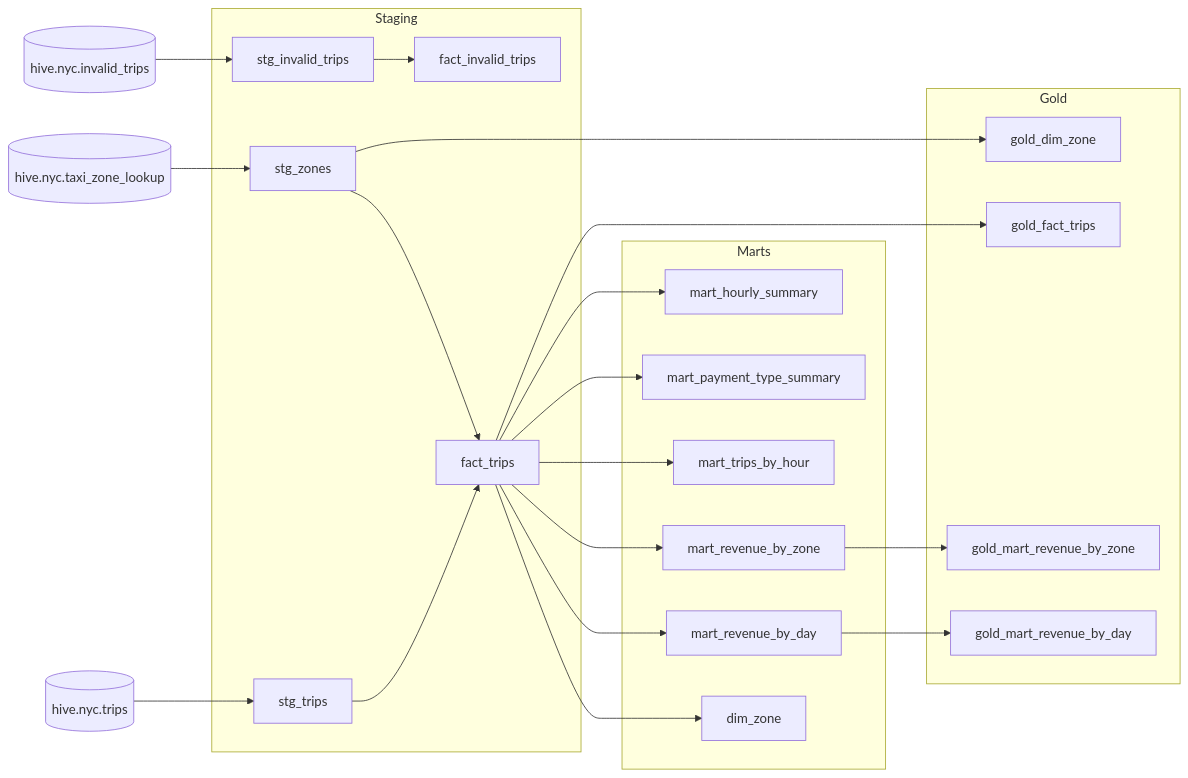
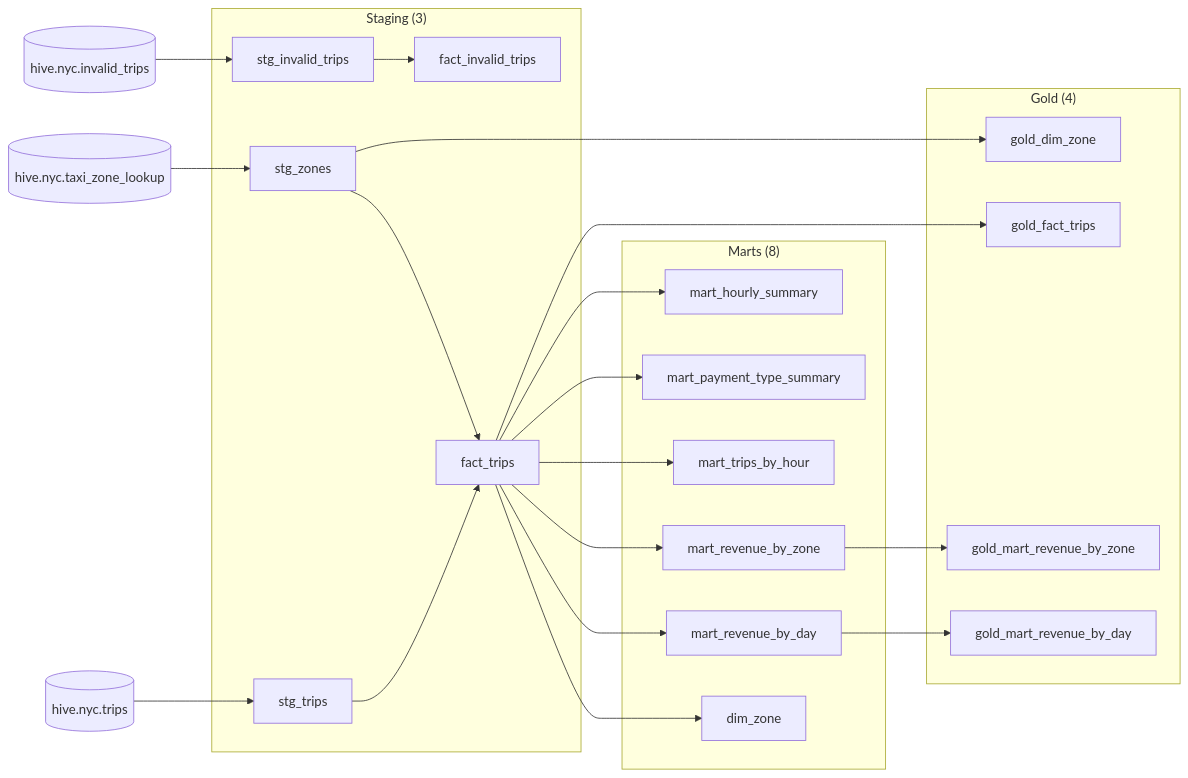
The fifth of 8 diagrams in workflow.md (DawieMalmsteel/nyc_new), drawn with Mermaid before and after one commit. The commit also changed other lines of this file, not shown here.

````diff
--- a/workflow.md
+++ b/workflow.md
@@ -229,25 +244,25 @@
 ```mermaid
 flowchart LR
-    subgraph STAGING["Staging"]
+    subgraph STAGING["Staging (3)"]
         STG_TRIPS[stg_trips] --> FACT_TRIPS[fact_trips]
         STG_ZONES[stg_zones] --> FACT_TRIPS
         STG_INVALID[stg_invalid_trips] --> FACT_INVALID[fact_invalid_trips]
     end
-    subgraph MARTS["Marts"]
+    subgraph MARTS["Marts (8)"]
         FACT_TRIPS --> DIM_ZONE[dim_zone]
         FACT_TRIPS --> M1[mart_revenue_by_day]
         FACT_TRIPS --> M2[mart_revenue_by_zone]
         FACT_TRIPS --> M3[mart_trips_by_hour]
         FACT_TRIPS --> M4[mart_payment_type_summary]
         FACT_TRIPS --> M5[mart_hourly_summary]
     end
-    subgraph GOLD["Gold"]
+    subgraph GOLD["Gold (4)"]
         FACT_TRIPS --> G1[gold_fact_trips]
         STG_ZONES --> G2[gold_dim_zone]
         M1 --> G3[gold_mart_revenue_by_day]
         M2 --> G4[gold_mart_revenue_by_zone]
     end
     TRIPS[("hive.nyc.trips")] --> STG_TRIPS
     ZONES[("hive.nyc.taxi_zone_lookup")] --> STG_ZONES
     INVALID[("hive.nyc.invalid_trips")] --> STG_INVALID
 ```
````
